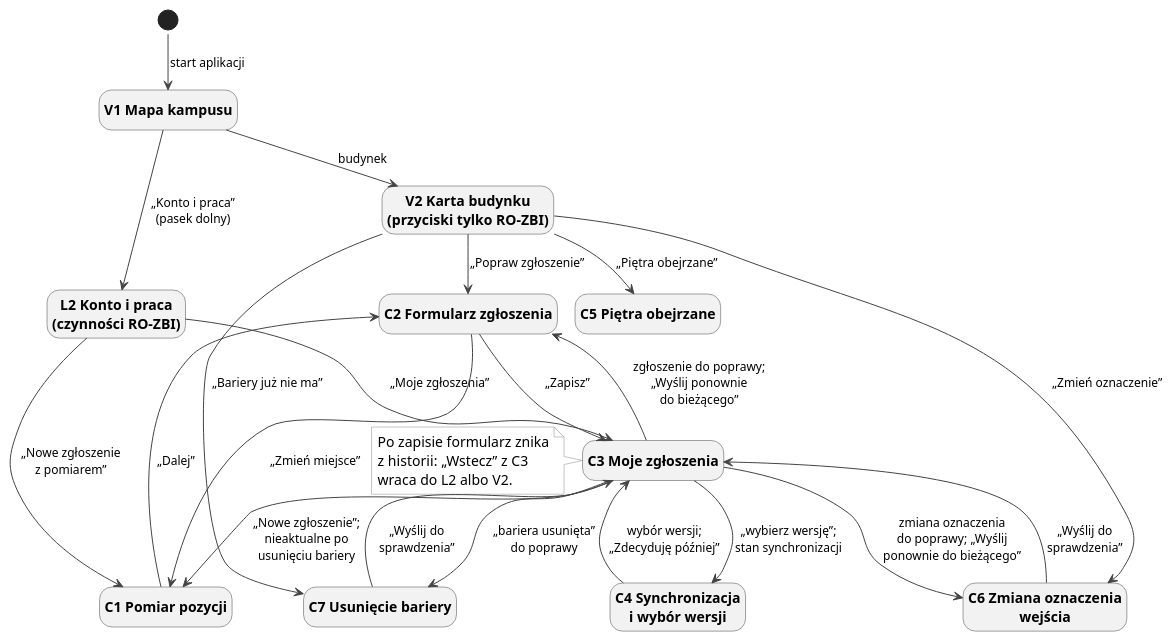
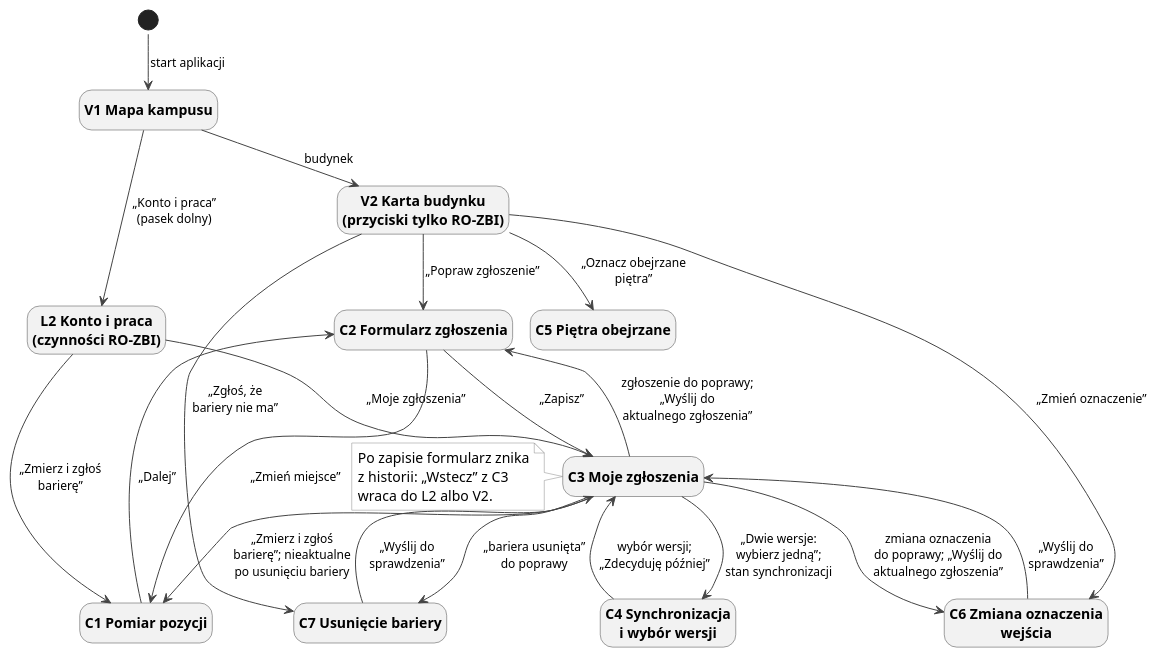
Before and after one commit to dostepny-kampus/dostepny-kampus: the diagram in docs/docs/ux/nawigacja-zespol-zbierajacy.puml, drawn with PlantUML. The commit also changed 3 other files, not shown here.

```diff
--- a/docs/docs/ux/nawigacja-zespol-zbierajacy.puml
+++ b/docs/docs/ux/nawigacja-zespol-zbierajacy.puml
@@ -1,65 +1,65 @@
 @startuml
 !pragma layout smetana
 hide empty description
 skinparam defaultFontSize 14
 skinparam ArrowColor #444444
 skinparam ArrowFontSize 12
 skinparam state {
   BackgroundColor #F2F2F2
   BorderColor #444444
   FontStyle bold
 }
 skinparam state<<stan>> {
   BackgroundColor #FFFFFF
   BorderColor #444444
   FontStyle normal
 }
 
 skinparam note {
   BackgroundColor #FFFFFF
   BorderColor #888888
 }
 
 state "V1 Mapa kampusu" as V1
 state "V2 Karta budynku\n(przyciski tylko RO-ZBI)" as V2
 state "L2 Konto i praca\n(czynności RO-ZBI)" as L2
 state "C1 Pomiar pozycji" as C1
 state "C2 Formularz zgłoszenia" as C2
 state "C3 Moje zgłoszenia" as C3
 state "C4 Synchronizacja\ni wybór wersji" as C4
 state "C5 Piętra obejrzane" as C5
 state "C6 Zmiana oznaczenia\nwejścia" as C6
 state "C7 Usunięcie bariery" as C7
 
 [*] --> V1 : start aplikacji
 V1 --> V2 : budynek
 V1 --> L2 : „Konto i praca”\n(pasek dolny)
 
-L2 --> C1 : „Nowe zgłoszenie\nz pomiarem”
+L2 --> C1 : „Zmierz i zgłoś\nbarierę”
 L2 --> C3 : „Moje zgłoszenia”
 
 V2 --> C6 : „Zmień oznaczenie”
-V2 --> C7 : „Bariery już nie ma”
+V2 --> C7 : „Zgłoś, że\nbariery nie ma”
 V2 --> C2 : „Popraw zgłoszenie”
-V2 --> C5 : „Piętra obejrzane”
+V2 --> C5 : „Oznacz obejrzane\npiętra”
 
 C1 --> C2 : „Dalej”
 C2 --> C1 : „Zmień miejsce”
 C2 --> C3 : „Zapisz”
 
-C3 --> C1 : „Nowe zgłoszenie”;\nnieaktualne po\nusunięciu bariery
-C3 --> C2 : zgłoszenie do poprawy;\n„Wyślij ponownie\ndo bieżącego”
-C3 --> C6 : zmiana oznaczenia\ndo poprawy; „Wyślij\nponownie do bieżącego”
+C3 --> C1 : „Zmierz i zgłoś\nbarierę”; nieaktualne\npo usunięciu bariery
+C3 --> C2 : zgłoszenie do poprawy;\n„Wyślij do\naktualnego zgłoszenia”
+C3 --> C6 : zmiana oznaczenia\ndo poprawy; „Wyślij do\naktualnego zgłoszenia”
 C3 --> C7 : „bariera usunięta”\ndo poprawy
-C3 --> C4 : „wybierz wersję”;\nstan synchronizacji
+C3 --> C4 : „Dwie wersje:\nwybierz jedną”;\nstan synchronizacji
 
 C4 --> C3 : wybór wersji;\n„Zdecyduję później”
 C6 --> C3 : „Wyślij do\nsprawdzenia”
 C7 --> C3 : „Wyślij do\nsprawdzenia”
 
 note left of C3
   Po zapisie formularz znika
   z historii: „Wstecz” z C3
   wraca do L2 albo V2.
 end note
 @enduml
```
